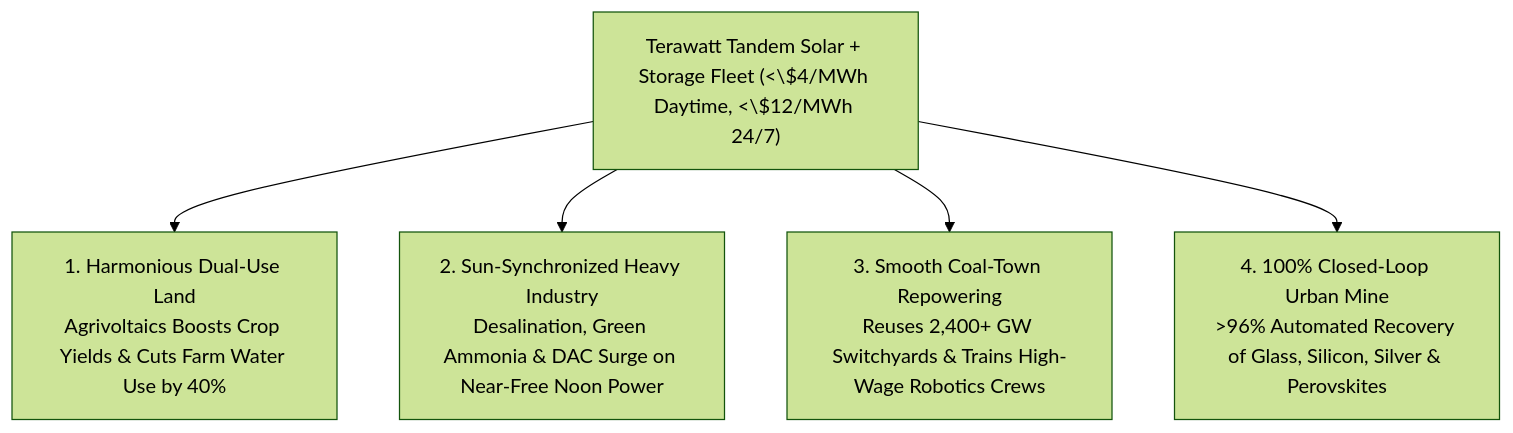
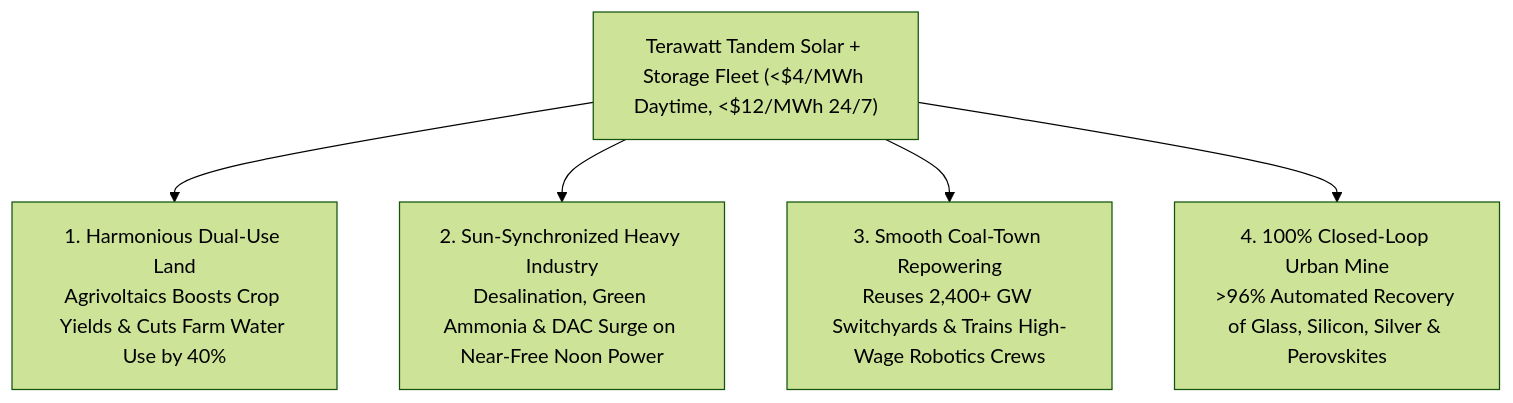
The second of 2 diagrams in vision-01-abundant-energy/01-terrestrial-solar/REPORT.md (d-10-g/OneOfMany), drawn with Mermaid (forest theme) before and after one commit. The commit also changed other lines of this file and 23 other files, not shown here.

Commit message:
Fix Mermaid multi-subgraph blank-line parsing and KaTeX dollar escaping across all 85 pathways

````diff
--- a/vision-01-abundant-energy/01-terrestrial-solar/REPORT.md
+++ b/vision-01-abundant-energy/01-terrestrial-solar/REPORT.md
@@ -118,8 +118,8 @@
 ```mermaid
 flowchart TD
-    Core["Terawatt Tandem Solar + Storage Fleet (<\$4/MWh Daytime, <\$12/MWh 24/7)"]
+    Core["Terawatt Tandem Solar + Storage Fleet (<$4/MWh Daytime, <$12/MWh 24/7)"]
     Core --> D1["1. Harmonious Dual-Use Land<br>Agrivoltaics Boosts Crop Yields & Cuts Farm Water Use by 40%"]
     Core --> D2["2. Sun-Synchronized Heavy Industry<br>Desalination, Green Ammonia & DAC Surge on Near-Free Noon Power"]
     Core --> D3["3. Smooth Coal-Town Repowering<br>Reuses 2,400+ GW Switchyards & Trains High-Wage Robotics Crews"]
     Core --> D4["4. 100% Closed-Loop Urban Mine<br>>96% Automated Recovery of Glass, Silicon, Silver & Perovskites"]
 ```
````
